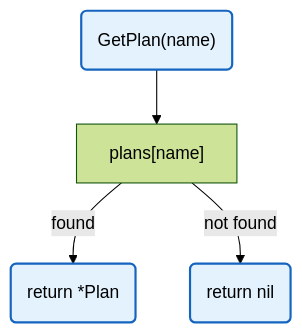
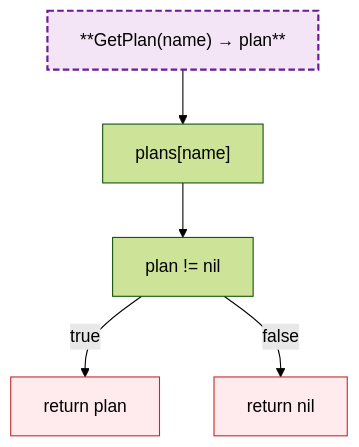
Before and after one commit to radch-ai/ava: the diagram in docs/config/plans.md, drawn with Mermaid (forest theme). The commit also changed 24 other files, not shown here.

````diff
--- a/docs/config/plans.md
+++ b/docs/config/plans.md
@@ -7,9 +7,14 @@
 ```mermaid
 flowchart TB
-    Start("GetPlan(name)") --> Lookup["plans[name]"]
-    Lookup -->|found| Done("return *Plan")
-    Lookup -->|not found| Nil("return nil")
+    HStart["**GetPlan(name) → plan**"]
+    HStart --> Lookup["plans[name]"]
+    Lookup --> CheckPlan["plan != nil"]
+    CheckPlan -->|true| Success["return plan"]
+    CheckPlan -->|false| Failure["return nil"]
 
-    classDef mainFn fill:#e3f2fd,stroke:#1565c0,stroke-width:2px
-    class Start,Done,Nil mainFn
+    classDef internalFn fill:#f3e5f5,stroke:#6a1b9a,stroke-width:2px,stroke-dasharray:6 3
+    classDef errorFlow fill:#ffebee,stroke:#c62828,stroke-width:1px
+
+    class HStart internalFn
+    class Success,Failure errorFlow
 ```
````
